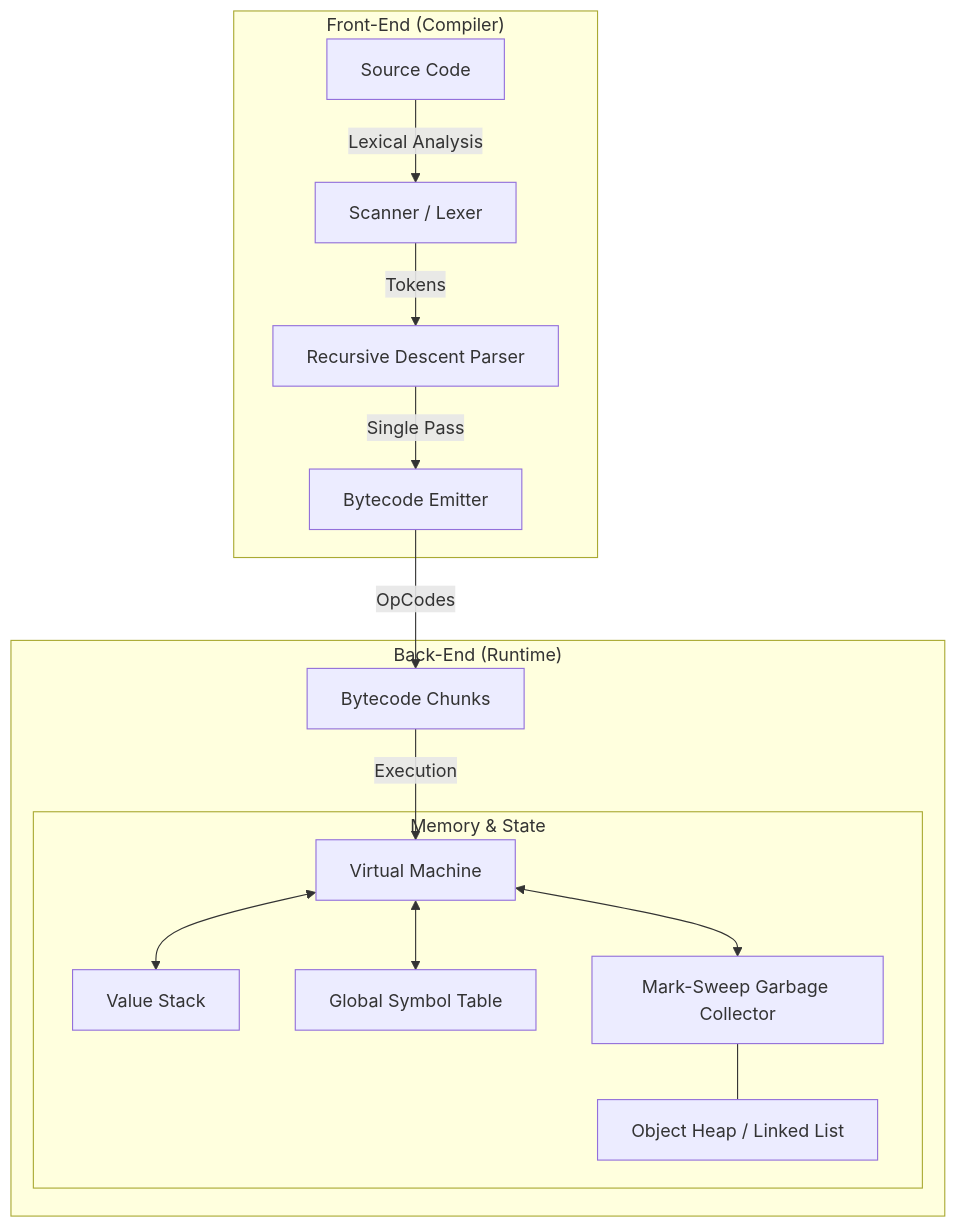
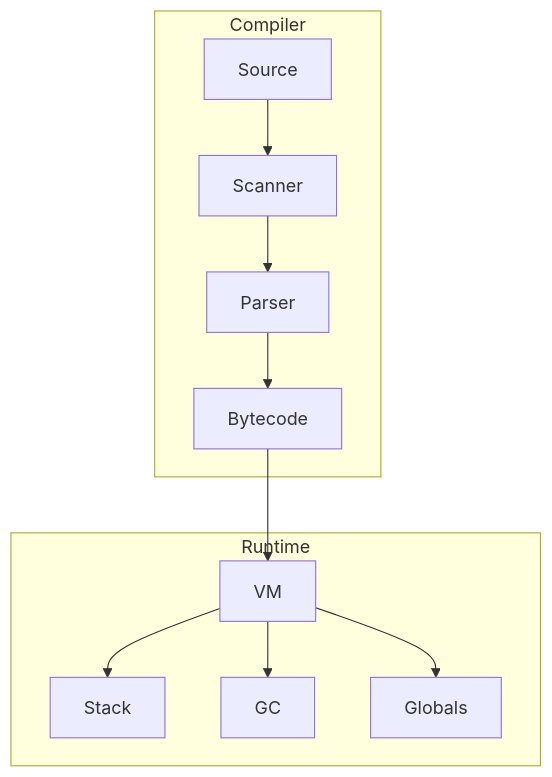
The diagram in README.md (Serosh-commits/inter-cpp), drawn with Mermaid before and after one commit. The commit also changed other lines of this file, not shown here.

````diff
--- a/README.md
+++ b/README.md
@@ -9,20 +9,15 @@
 ```mermaid
 graph TD
-    subgraph "Front-End (Compiler)"
-        Source[Source Code] -->|Lexical Analysis| Scanner[Scanner / Lexer]
-        Scanner -->|Tokens| Parser[Recursive Descent Parser]
-        Parser -->|Single Pass| Emitter[Bytecode Emitter]
+    subgraph Compiler
+        Source --> Scanner
+        Scanner --> Parser
+        Parser --> Bytecode
     end
 
-    subgraph "Back-End (Runtime)"
-        Emitter -->|OpCodes| Chunk[Bytecode Chunks]
-        Chunk -->|Execution| VM[Virtual Machine]
-        
-        subgraph "Memory & State"
-            VM <--> Stack[Value Stack]
-            VM <--> Globals[Global Symbol Table]
-            VM <--> GC[Mark-Sweep Garbage Collector]
-            GC --- Heap[Object Heap / Linked List]
-        end
+    subgraph Runtime
+        Bytecode --> VM
+        VM --> Stack
+        VM --> GC
+        VM --> Globals
     end
 ```
````
